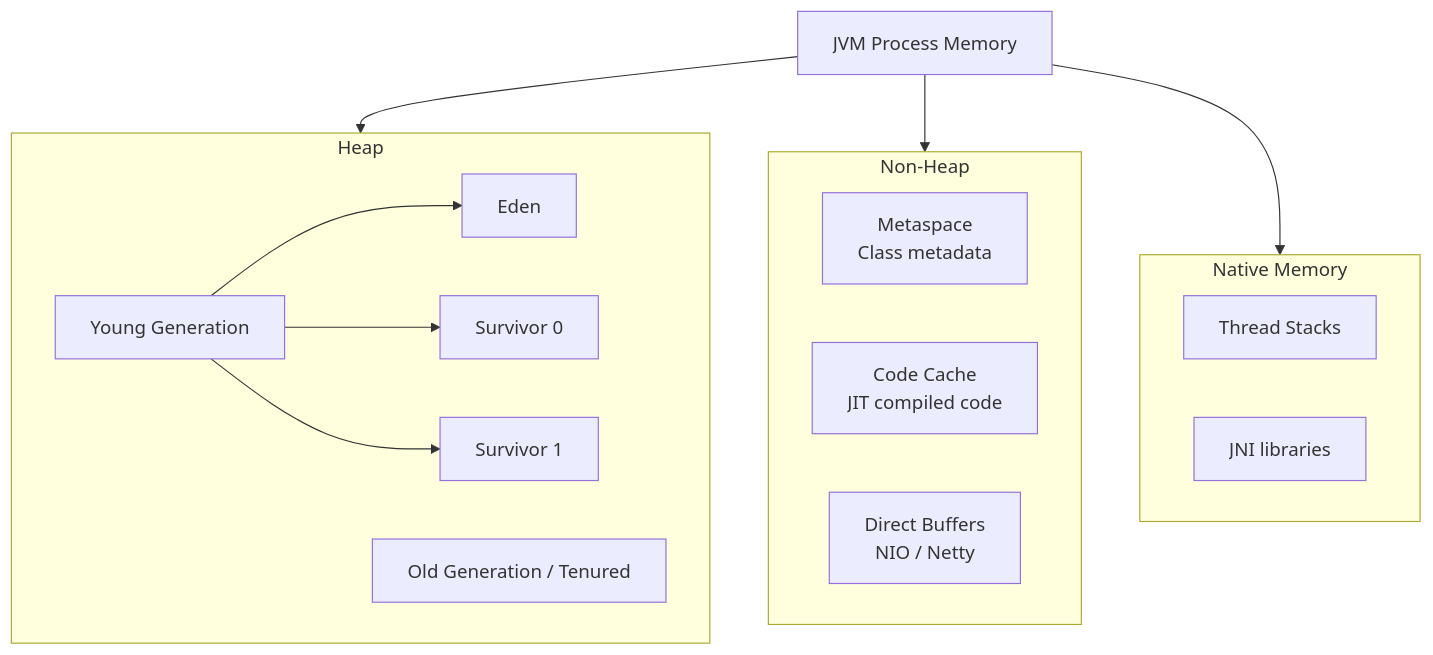
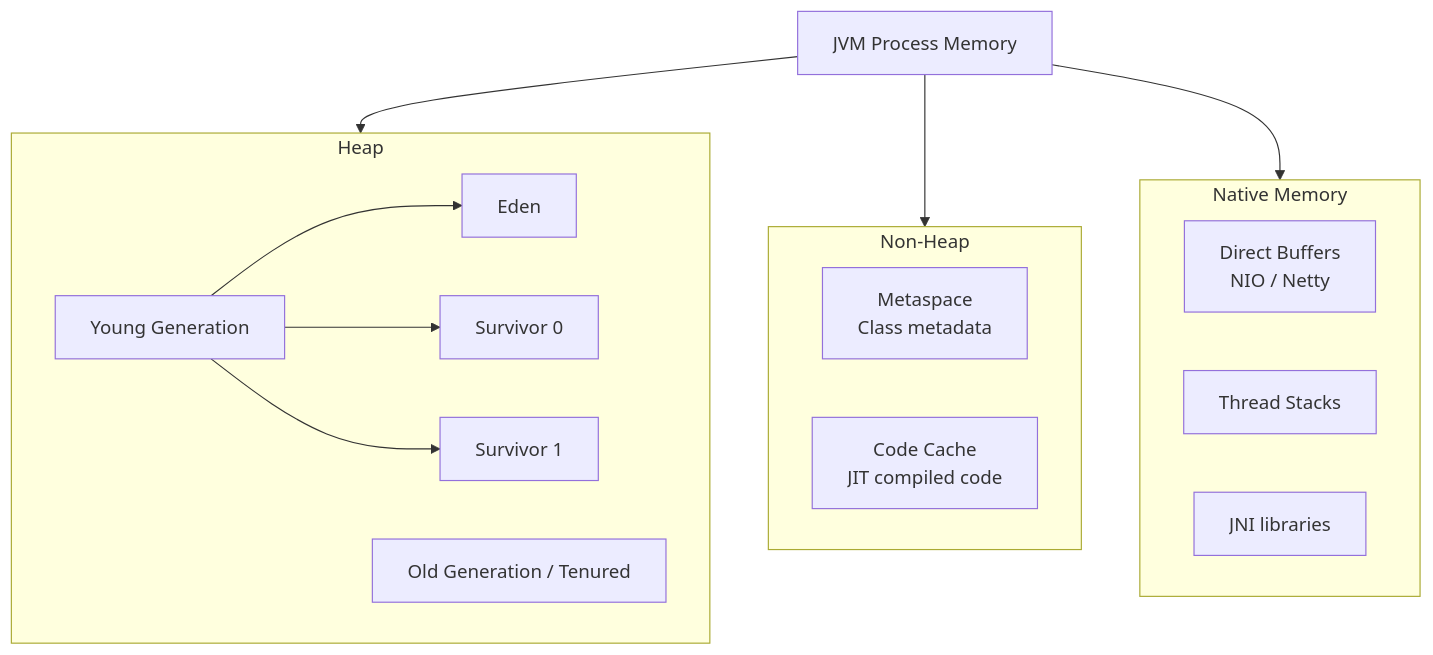
The first of 2 diagrams in docs/content/tracks/track-07-performance/lesson-01-jvm-internals/index.md (mostafasroor1983/fintech-engineering-mastery), drawn with Mermaid before and after one commit. The commit also changed other lines of this file and 169 other files, not shown here.

````diff
--- a/docs/content/tracks/track-07-performance/lesson-01-jvm-internals/index.md
+++ b/docs/content/tracks/track-07-performance/lesson-01-jvm-internals/index.md
@@ -24,25 +24,25 @@
 ```mermaid
 graph TB
     JVM[JVM Process Memory] --> Heap
     JVM --> NonHeap[Non-Heap Memory]
     JVM --> Native[Native Memory]
     
     subgraph Heap
         YoungGen[Young Generation]
         OldGen[Old Generation / Tenured]
         YoungGen --> Eden
         YoungGen --> S0[Survivor 0]
         YoungGen --> S1[Survivor 1]
     end
     
     subgraph NonHeap [Non-Heap]
         Metaspace[Metaspace\nClass metadata]
         CodeCache[Code Cache\nJIT compiled code]
-        DirectBuffers[Direct Buffers\nNIO / Netty]
     end
     
     subgraph Native [Native Memory]
+        DirectBuffers[Direct Buffers\nNIO / Netty]
         ThreadStacks[Thread Stacks]
         JNI[JNI libraries]
     end
 ```
````
